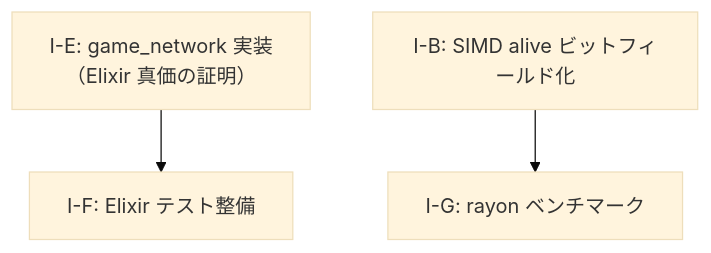
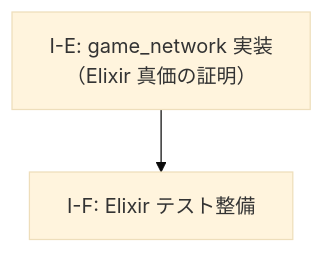
Before and after one commit to FRICK-ELDY/alchemy-engine: the diagram in docs/improvement-plan.md, drawn with Mermaid (base theme). The commit also changed other lines of this file and 1 other file, not shown here.

````diff
--- a/docs/improvement-plan.md
+++ b/docs/improvement-plan.md
@@ -120,10 +68,7 @@
 ```mermaid
 graph TD
     IE["I-E: game_network 実装\n（Elixir 真価の証明）"]
     IF["I-F: Elixir テスト整備"]
-    IB["I-B: SIMD alive ビットフィールド化"]
-    IG["I-G: rayon ベンチマーク"]
 
     IE --> IF
-    IB --> IG
 ```
````
